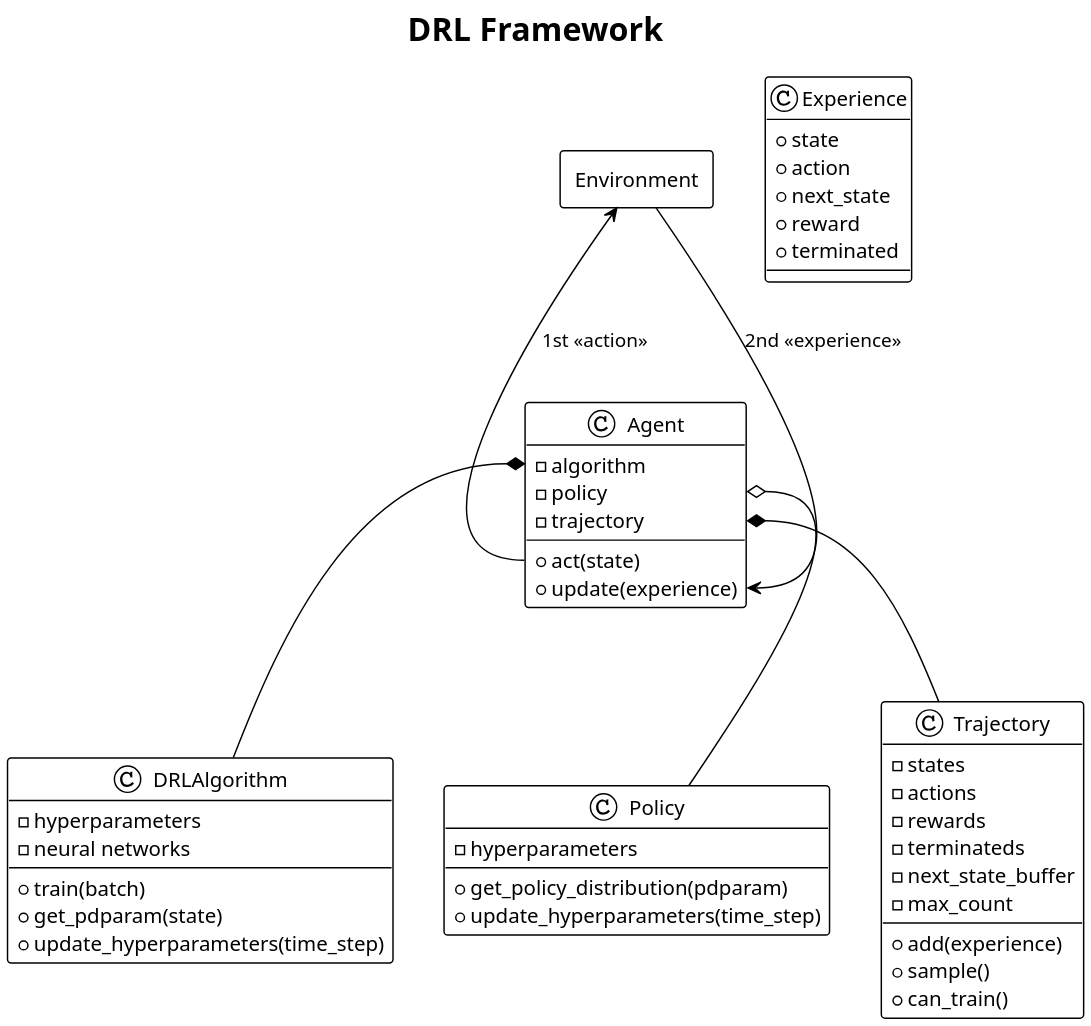
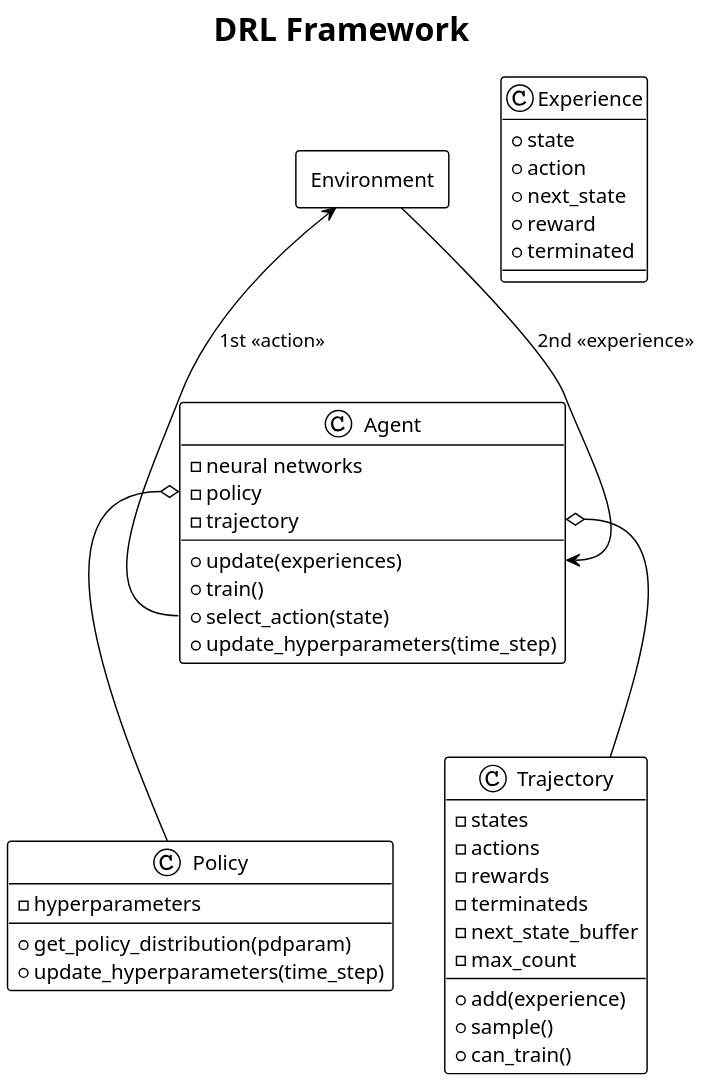
The diagram in UML/DRLFramework.plantuml (DevSlem/AINE-DRL), drawn with PlantUML before and after one commit. The commit also changed 10 other files, not shown here.

```diff
--- a/UML/DRLFramework.plantuml
+++ b/UML/DRLFramework.plantuml
@@ -1,61 +1,54 @@
 @startuml DRL Framework
 
 !theme plain
 skinparam backgroundColor #FFFFFF
 scale 2
 title DRL Framework
 
 Agent Environment [
     Environment
 ]
 
 class Agent {
-    - algorithm
+    - neural networks
     - policy
     - trajectory
-    + act(state)
-    + update(experience)
-}
-
-class DRLAlgorithm {
-    - hyperparameters
-    - neural networks
-    + train(batch)
-    + get_pdparam(state)
+    + update(experiences)
+    + train()
+    + select_action(state)
     + update_hyperparameters(time_step)
 }
 
 class Policy {
     - hyperparameters
     + get_policy_distribution(pdparam)
     + update_hyperparameters(time_step)
 }
 
 class Trajectory {
     - states
     - actions
     - rewards
     - terminateds
     - next_state_buffer
     - max_count
     + add(experience)
     + sample()
     + can_train()
 }
 
 class Experience {
     + state
     + action
     + next_state
     + reward
     + terminated
 }
 
-Agent::algorithm *-- DRLAlgorithm
 Agent::policy o-- Policy
-Agent::trajectory *-- Trajectory
+Agent::trajectory o-- Trajectory
 
 Environment <-- Agent::act : 1st << action >>
 Environment --> Agent::update : 2nd << experience >>
 
 @enduml
```
